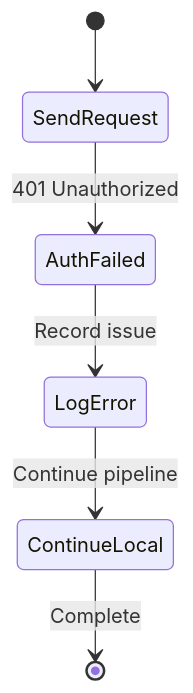
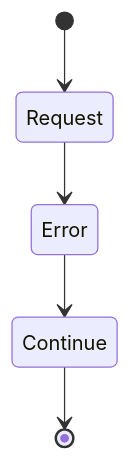
One commit to wisrovi/wpipe changed the fourth of 5 diagrams in examples/api_pipeline/16_expired_token/README.md. Above: the diagram before and after it, drawn with Mermaid. The commit also changed other lines of this file and 20 other files, not shown here.

First line of the commit message:
Simplify Mermaid diagrams for better rendering

````diff
--- a/examples/api_pipeline/16_expired_token/README.md
+++ b/examples/api_pipeline/16_expired_token/README.md
@@ -54,8 +54,7 @@
 ```mermaid
 stateDiagram-v2
-    [*] --> SendRequest
-    SendRequest --> AuthFailed: 401 Unauthorized
-    AuthFailed --> LogError: Record issue
-    LogError --> ContinueLocal: Continue pipeline
-    ContinueLocal --> [*]: Complete
+    [*] --> Request
+    Request --> Error
+    Error --> Continue
+    Continue --> [*]
 ```
````
